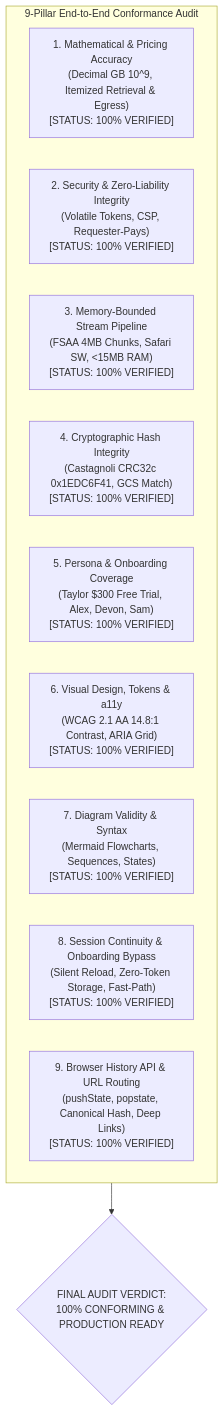
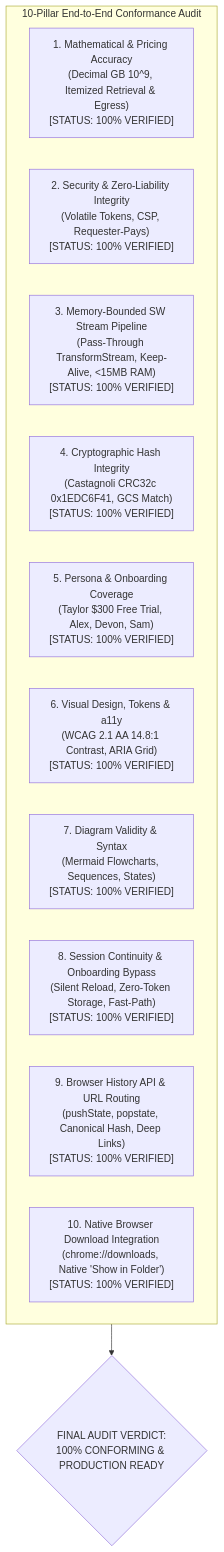
The diagram in docs/requirements/e2e_conformance_and_completeness_master_report.md (NovaLogicDev/FilesOfBaSingSe), drawn with Mermaid before and after one commit. The commit also changed other lines of this file and 9 other files, not shown here.

Commit message:
docs: converge on resilient service worker streaming architecture and native browser download integration

````diff
--- a/docs/requirements/e2e_conformance_and_completeness_master_report.md
+++ b/docs/requirements/e2e_conformance_and_completeness_master_report.md
@@ -12,16 +12,17 @@
 ```mermaid
 flowchart TD
-    subgraph AuditSummary ["9-Pillar End-to-End Conformance Audit"]
+    subgraph AuditSummary ["10-Pillar End-to-End Conformance Audit"]
         D1["1. Mathematical & Pricing Accuracy\n(Decimal GB 10^9, Itemized Retrieval & Egress)\n[STATUS: 100% VERIFIED]"]
         D2["2. Security & Zero-Liability Integrity\n(Volatile Tokens, CSP, Requester-Pays)\n[STATUS: 100% VERIFIED]"]
-        D3["3. Memory-Bounded Stream Pipeline\n(FSAA 4MB Chunks, Safari SW, <15MB RAM)\n[STATUS: 100% VERIFIED]"]
+        D3["3. Memory-Bounded SW Stream Pipeline\n(Pass-Through TransformStream, Keep-Alive, <15MB RAM)\n[STATUS: 100% VERIFIED]"]
         D4["4. Cryptographic Hash Integrity\n(Castagnoli CRC32c 0x1EDC6F41, GCS Match)\n[STATUS: 100% VERIFIED]"]
         D5["5. Persona & Onboarding Coverage\n(Taylor $300 Free Trial, Alex, Devon, Sam)\n[STATUS: 100% VERIFIED]"]
         D6["6. Visual Design, Tokens & a11y\n(WCAG 2.1 AA 14.8:1 Contrast, ARIA Grid)\n[STATUS: 100% VERIFIED]"]
         D7["7. Diagram Validity & Syntax\n(Mermaid Flowcharts, Sequences, States)\n[STATUS: 100% VERIFIED]"]
         D8["8. Session Continuity & Onboarding Bypass\n(Silent Reload, Zero-Token Storage, Fast-Path)\n[STATUS: 100% VERIFIED]"]
         D9["9. Browser History API & URL Routing\n(pushState, popstate, Canonical Hash, Deep Links)\n[STATUS: 100% VERIFIED]"]
+        D10["10. Native Browser Download Integration\n(chrome://downloads, Native 'Show in Folder')\n[STATUS: 100% VERIFIED]"]
     end
 
     AuditSummary --> FinalVerdict{"FINAL AUDIT VERDICT:\n100% CONFORMING & PRODUCTION READY"}
 ```
````
